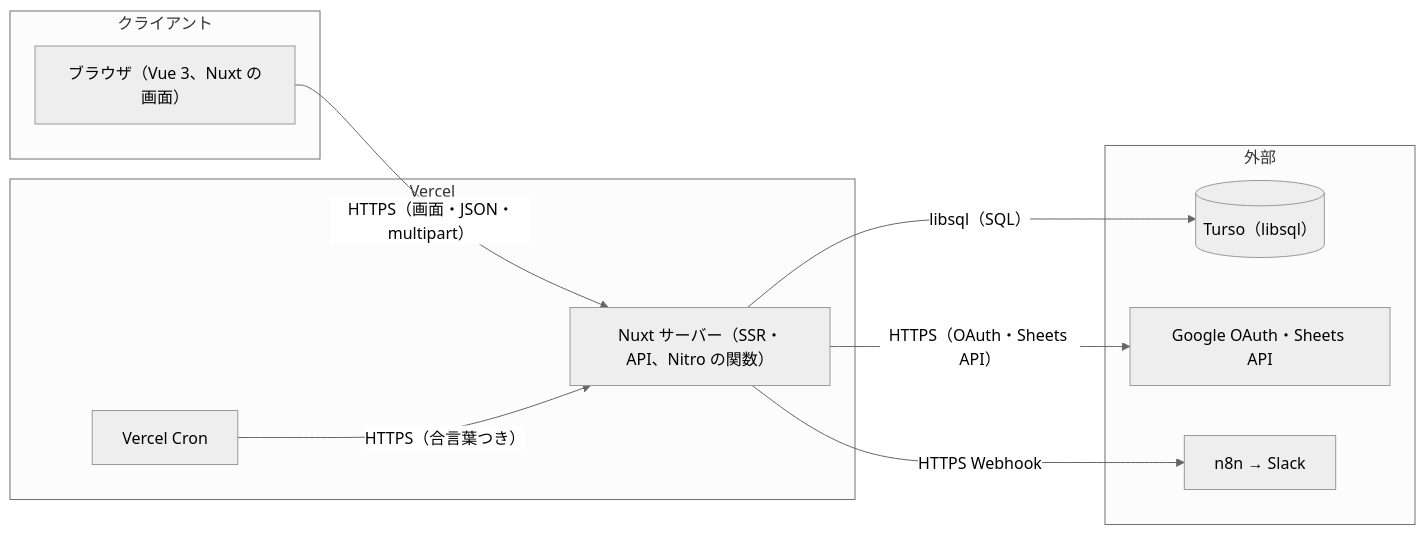
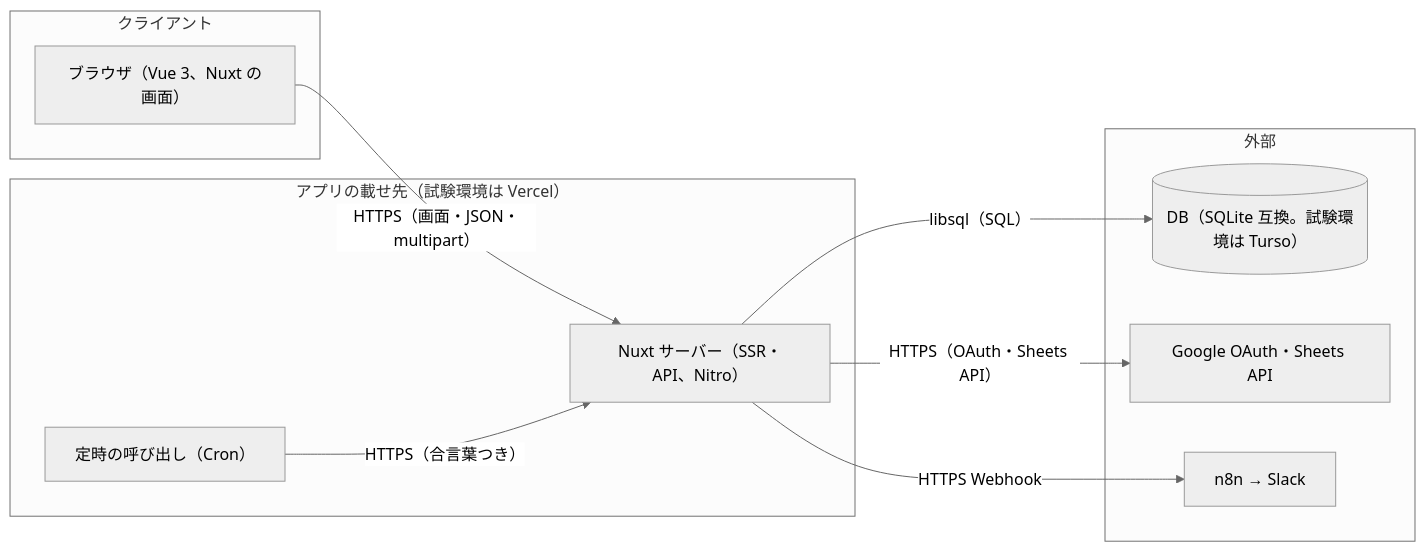
Before and after one commit to Kota-Ohira17/expenditure: the fourth of 9 diagrams in docs/仕様書.md, drawn with Mermaid (neutral theme). The commit also changed other lines of this file, not shown here.

````diff
--- a/docs/仕様書.md
+++ b/docs/仕様書.md
@@ -669,20 +672,20 @@
 ```mermaid
 flowchart LR
     subgraph client["クライアント"]
         web["ブラウザ（Vue 3、Nuxt の画面）"]
     end
-    subgraph vercel["Vercel"]
-        ssr["Nuxt サーバー（SSR・API、Nitro の関数）"]
-        cron["Vercel Cron"]
+    subgraph host["アプリの載せ先（試験環境は Vercel）"]
+        ssr["Nuxt サーバー（SSR・API、Nitro）"]
+        cron["定時の呼び出し（Cron）"]
     end
     subgraph external["外部"]
-        db[("Turso（libsql）")]
+        db[("DB（SQLite 互換。試験環境は Turso）")]
         google["Google OAuth・Sheets API"]
         n8n["n8n → Slack"]
     end
     web -->|"HTTPS（画面・JSON・multipart）"| ssr
     ssr -->|"libsql（SQL）"| db
     ssr -->|"HTTPS（OAuth・Sheets API）"| google
     ssr -->|"HTTPS Webhook"| n8n
     cron -->|"HTTPS（合言葉つき）"| ssr
 ```
````
